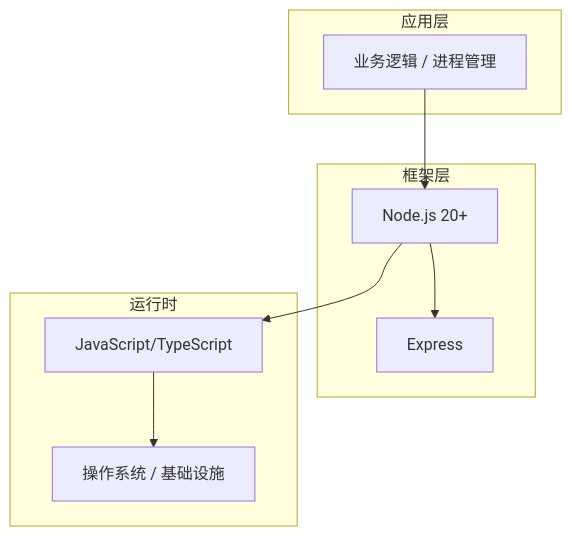
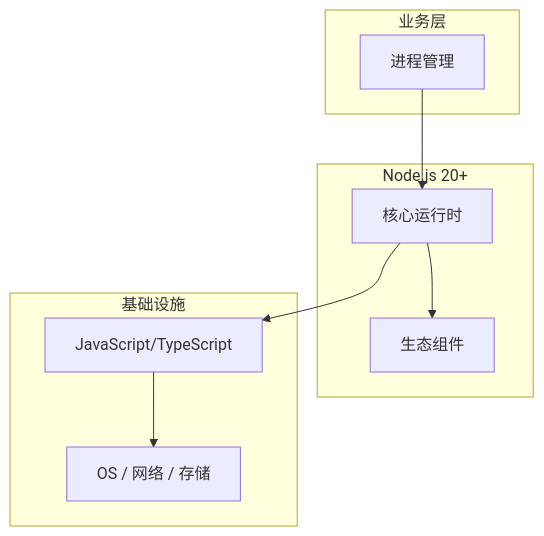
One commit to yanggan2015/knowledge-json-v2 changed the diagram in articles/Node.js/chapters/086-进程管理核心概念与原理.md. Above: the diagram before and after it, drawn with Mermaid. The commit also changed other lines of this file and 10127 other files, not shown here.

````diff
--- a/articles/Node.js/chapters/086-进程管理核心概念与原理.md
+++ b/articles/Node.js/chapters/086-进程管理核心概念与原理.md
@@ -45,18 +34,18 @@
 ```mermaid
 graph TB
-    subgraph 应用层
-        A[业务逻辑 / 进程管理]
+    subgraph 业务层
+        A[进程管理]
     end
-    subgraph 框架层
-        B[Node.js 20+]
-        C[Express]
+    subgraph Node.js 20+
+        B[核心运行时]
+        C[生态组件]
     end
-    subgraph 运行时
+    subgraph 基础设施
         D[JavaScript/TypeScript]
-        E[操作系统 / 基础设施]
+        E[OS / 网络 / 存储]
     end
     A --> B
     B --> C
     B --> D
     D --> E
 ```
````
